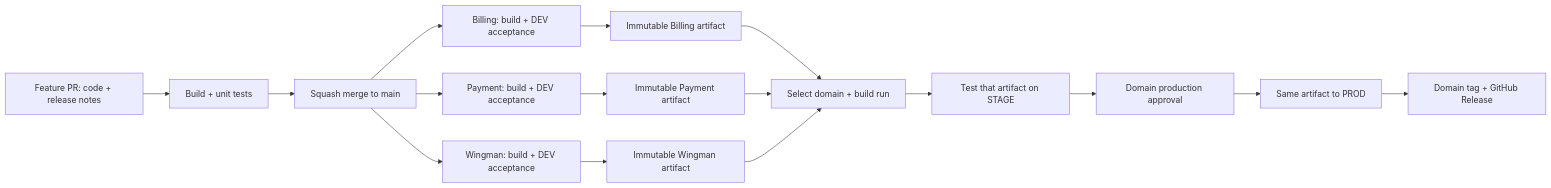
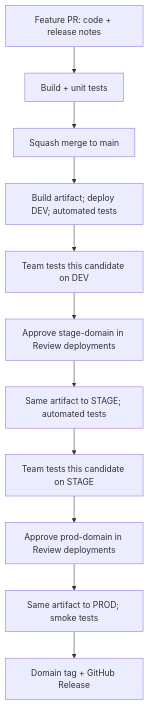
The diagram in README.md (janodetzel/changesets-demo), drawn with Mermaid before and after one commit. The commit also changed other lines of this file and 5 other files, not shown here.

Commit message:
Promote domain artifacts through manual stage and production approvals (#18)

````diff
--- a/README.md
+++ b/README.md
@@ -9,18 +9,13 @@
 ```mermaid
-flowchart LR
+flowchart TD
   PR[Feature PR: code + release notes] --> CHECK[Build + unit tests]
   CHECK --> MAIN[Squash merge to main]
-  MAIN --> B[Billing: build + DEV acceptance]
-  MAIN --> P[Payment: build + DEV acceptance]
-  MAIN --> W[Wingman: build + DEV acceptance]
-  B --> BA[Immutable Billing artifact]
-  P --> PA[Immutable Payment artifact]
-  W --> WA[Immutable Wingman artifact]
-  BA --> SELECT[Select domain + build run]
-  PA --> SELECT
-  WA --> SELECT
-  SELECT --> STAGE[Test that artifact on STAGE]
-  STAGE --> APPROVE[Domain production approval]
-  APPROVE --> PROD[Same artifact to PROD]
+  MAIN --> DEV[Build artifact; deploy DEV; automated tests]
+  DEV --> MANUALDEV[Team tests this candidate on DEV]
+  MANUALDEV --> APPROVESTAGE[Approve stage-domain in Review deployments]
+  APPROVESTAGE --> STAGE[Same artifact to STAGE; automated tests]
+  STAGE --> MANUALSTAGE[Team tests this candidate on STAGE]
+  MANUALSTAGE --> APPROVEPROD[Approve prod-domain in Review deployments]
+  APPROVEPROD --> PROD[Same artifact to PROD; smoke tests]
   PROD --> RELEASE[Domain tag + GitHub Release]
 ```
````
